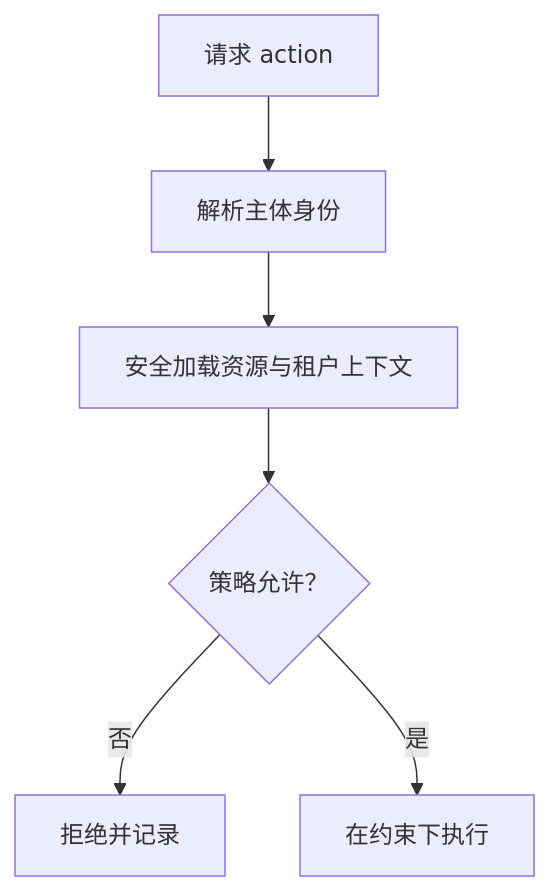
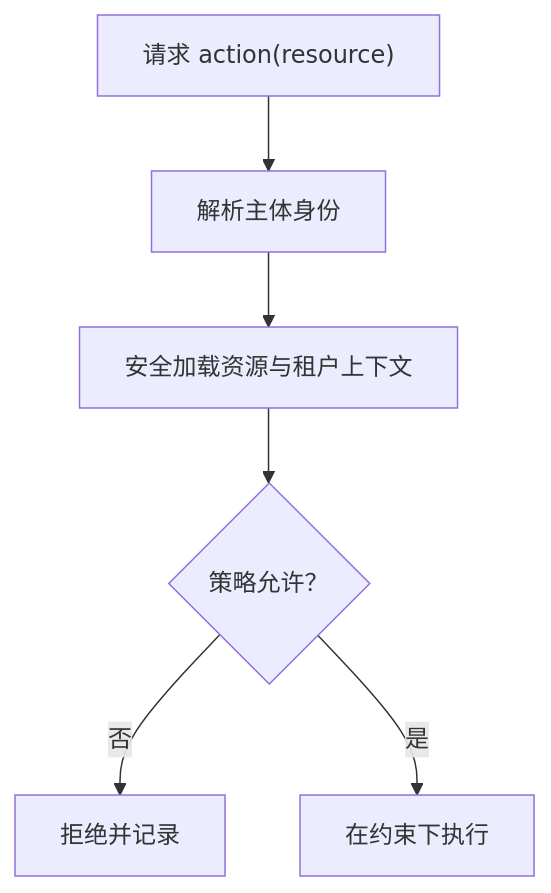
One commit to DiStanceQAQ/blog-astro changed the third of 3 diagrams in src/content/posts/3-4-身份认证与权限控制.md. Above: the diagram before and after it, drawn with Mermaid. The commit also changed 2 other files, not shown here.

Commit message:
Preserve Mermaid diagram labels

````diff
--- a/src/content/posts/3-4-身份认证与权限控制.md
+++ b/src/content/posts/3-4-身份认证与权限控制.md
@@ -235,8 +235,8 @@
 ```mermaid
 flowchart TD
-    Q[请求 action] --> ID[解析主体身份]
+    Q["请求 action(resource)"] --> ID[解析主体身份]
     ID --> LOAD[安全加载资源与租户上下文]
     LOAD --> POLICY{策略允许？}
     POLICY -->|否| DENY[拒绝并记录]
     POLICY -->|是| DO[在约束下执行]
 ```
````
